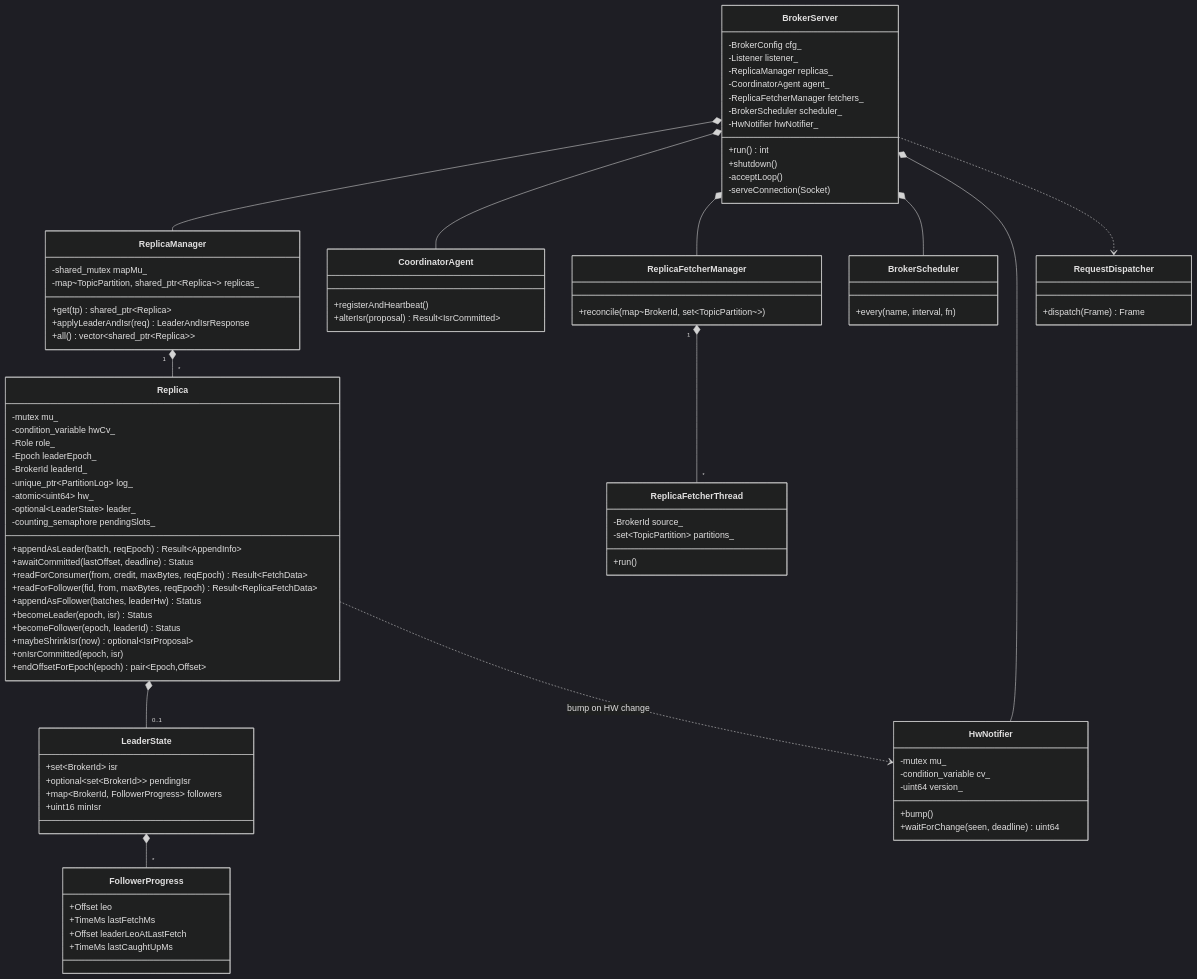
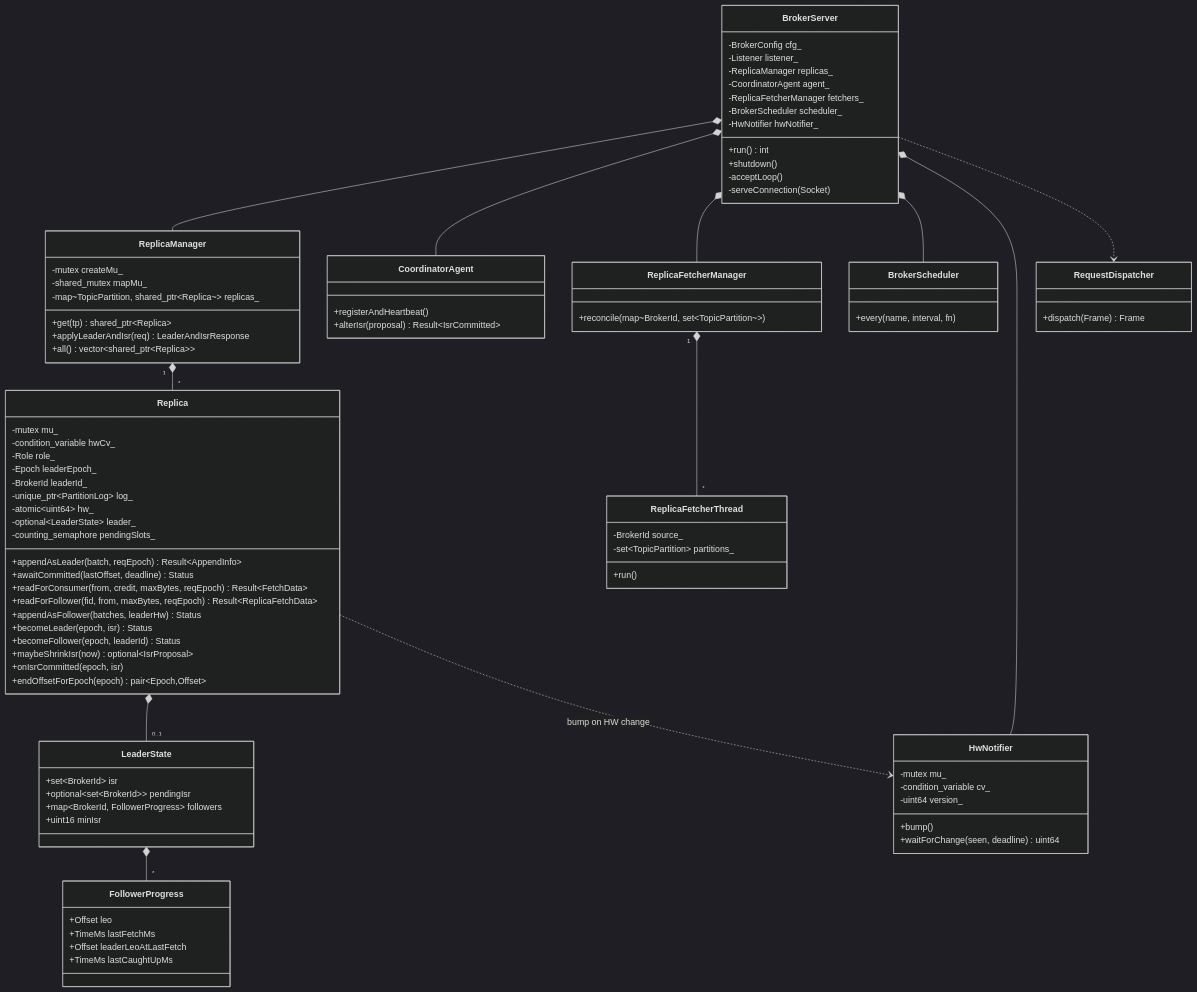
One commit to shubhamZXCV/kafka changed the third of 6 diagrams in docs/low-level-design.md. Above: the diagram before and after it, drawn with Mermaid (dark theme). The commit also changed other lines of this file and 1 other file, not shown here.

```diff
--- a/docs/low-level-design.md
+++ b/docs/low-level-design.md
@@ -856,6 +857,7 @@
         +dispatch(Frame) Frame
     }
     class ReplicaManager {
+        -mutex createMu_
         -shared_mutex mapMu_
         -map~TopicPartition, shared_ptr~Replica~~ replicas_
         +get(tp) shared_ptr~Replica~
```
